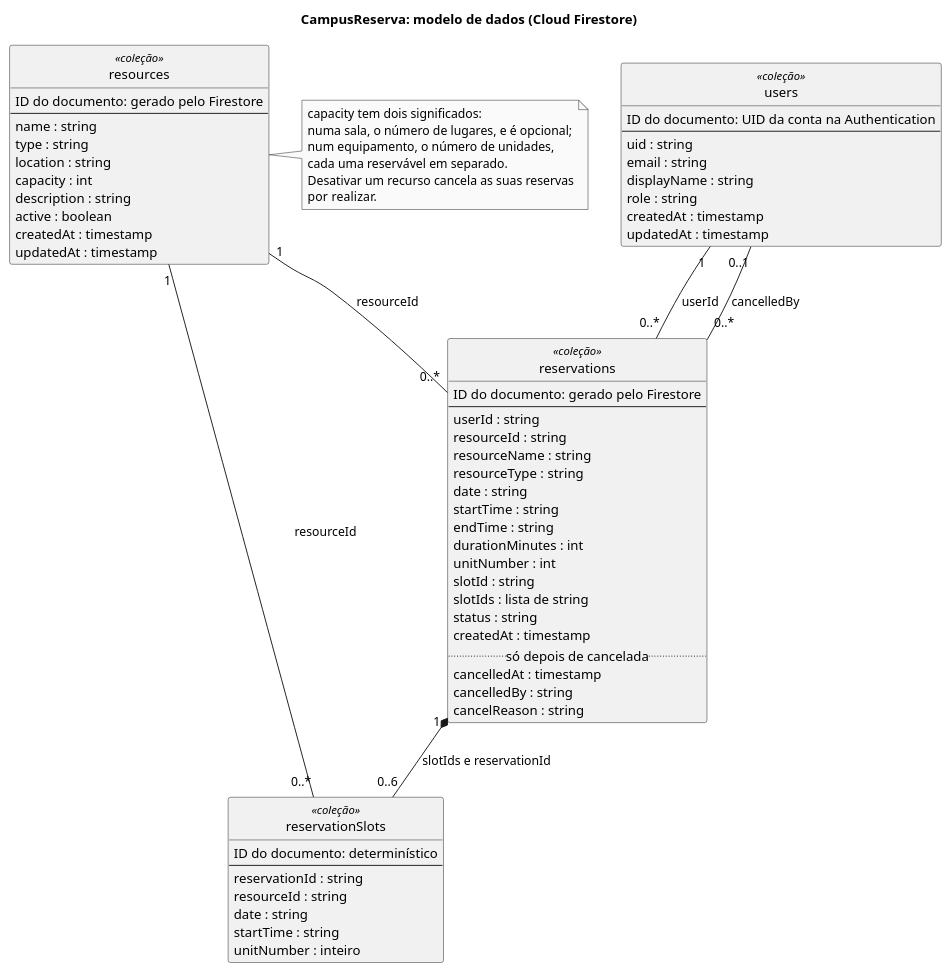
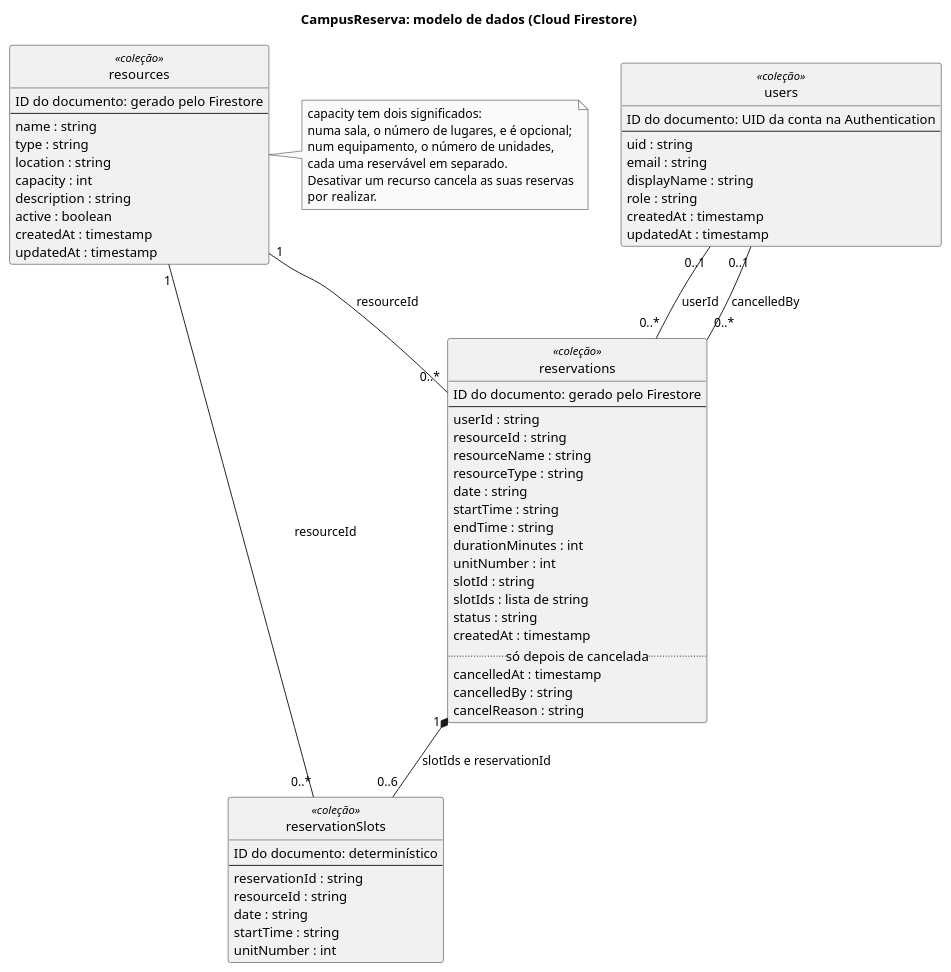
The diagram in docs/diagramas/modelo-dados.puml (diogofcpereira/CampusReserva), drawn with PlantUML before and after one commit. The commit also changed 16 other files, not shown here.

Commit message:
Diagramas update - concordância com o código

```diff
--- a/docs/diagramas/modelo-dados.puml
+++ b/docs/diagramas/modelo-dados.puml
@@ -1,82 +1,82 @@
 @startuml modelo-dados
 
 title CampusReserva: modelo de dados (Cloud Firestore)
 
 skinparam monochrome true
 skinparam shadowing false
 skinparam classAttributeIconSize 0
 hide circle
 hide empty members
 
 class "users" as User <<coleção>> {
   ID do documento: UID da conta na Authentication
   --
   uid : string
   email : string
   displayName : string
   role : string
   createdAt : timestamp
   updatedAt : timestamp
 }
 
 class "resources" as Resource <<coleção>> {
   ID do documento: gerado pelo Firestore
   --
   name : string
   type : string
   location : string
   capacity : int
   description : string
   active : boolean
   createdAt : timestamp
   updatedAt : timestamp
 }
 
 class "reservations" as Reservation <<coleção>> {
   ID do documento: gerado pelo Firestore
   --
   userId : string
   resourceId : string
   resourceName : string
   resourceType : string
   date : string
   startTime : string
   endTime : string
   durationMinutes : int
   unitNumber : int
   slotId : string
   slotIds : lista de string
   status : string
   createdAt : timestamp
   .. só depois de cancelada ..
   cancelledAt : timestamp
   cancelledBy : string
   cancelReason : string
 }
 
 class "reservationSlots" as Slot <<coleção>> {
   ID do documento: determinístico
   --
   reservationId : string
   resourceId : string
   date : string
   startTime : string
-  unitNumber : inteiro
+  unitNumber : int
 }
 
-User "1" -- "0..*" Reservation : userId
+User "0..1" -- "0..*" Reservation : userId
 User "0..1" -- "0..*" Reservation : cancelledBy
 Resource "1" -- "0..*" Reservation : resourceId
 Reservation "1" *-- "0..6" Slot : slotIds e reservationId
 Resource "1" -- "0..*" Slot : resourceId
 
 note right of Resource
   capacity tem dois significados:
   numa sala, o número de lugares, e é opcional;
   num equipamento, o número de unidades,
   cada uma reservável em separado.
   Desativar um recurso cancela as suas reservas
   por realizar.
 end note
 
 @enduml
```
